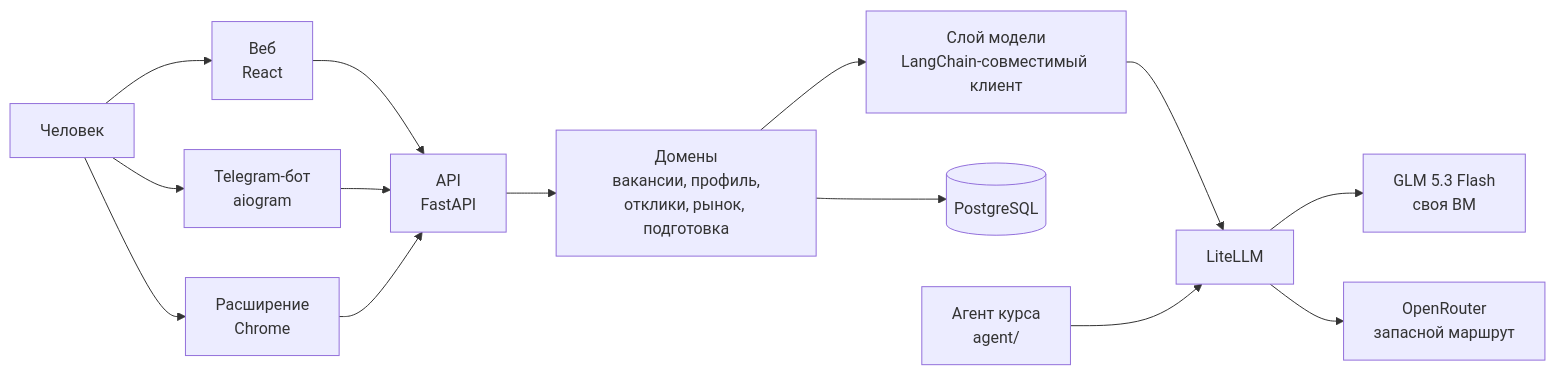
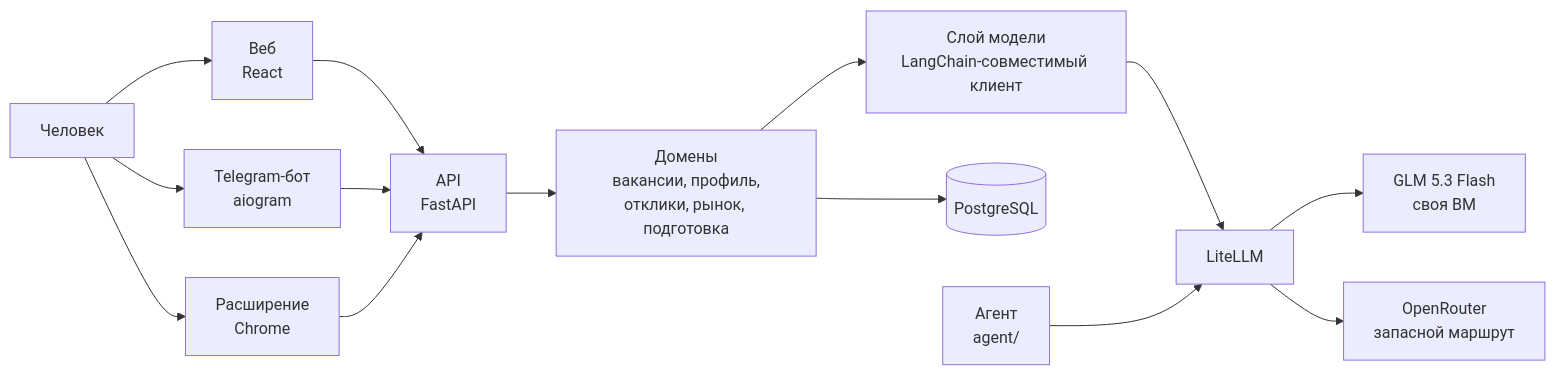
One commit to stareeg/kurs-relocation-agent changed the diagram in README.md. Above: the diagram before and after it, drawn with Mermaid. The commit also changed other lines of this file, not shown here.

````diff
--- a/README.md
+++ b/README.md
@@ -37,16 +13,16 @@
 ```mermaid
 flowchart LR
   U[Человек] --> W[Веб<br/>React]
   U --> B[Telegram-бот<br/>aiogram]
   U --> E[Расширение<br/>Chrome]
   W --> A[API<br/>FastAPI]
   B --> A
   E --> A
   A --> D[Домены<br/>вакансии, профиль,<br/>отклики, рынок, подготовка]
   D --> L[Слой модели<br/>LangChain-совместимый клиент]
   L --> P[LiteLLM]
   P --> G[GLM 5.3 Flash<br/>своя ВМ]
   P --> R[OpenRouter<br/>запасной маршрут]
   D --> DB[(PostgreSQL)]
-  AG[Агент курса<br/>agent/] --> P
+  AG[Агент<br/>agent/] --> P
 ```
````
